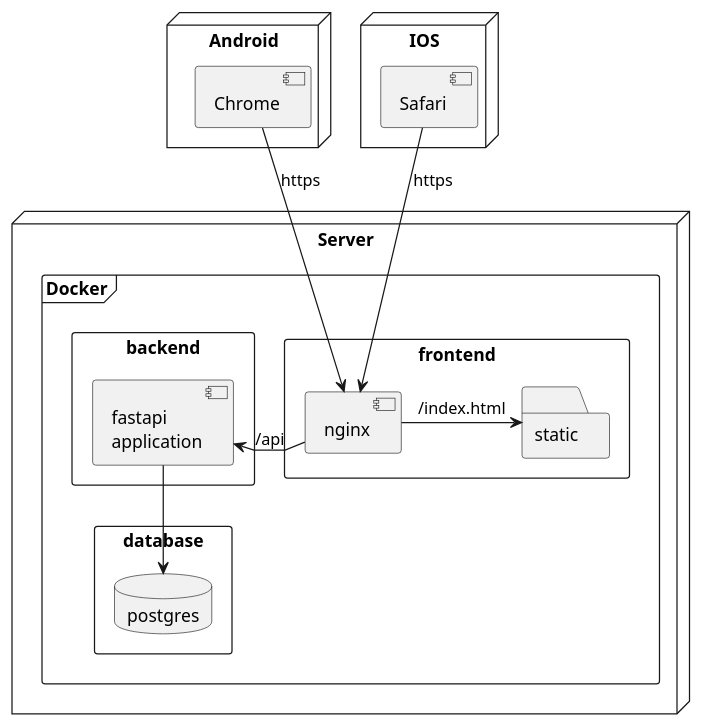
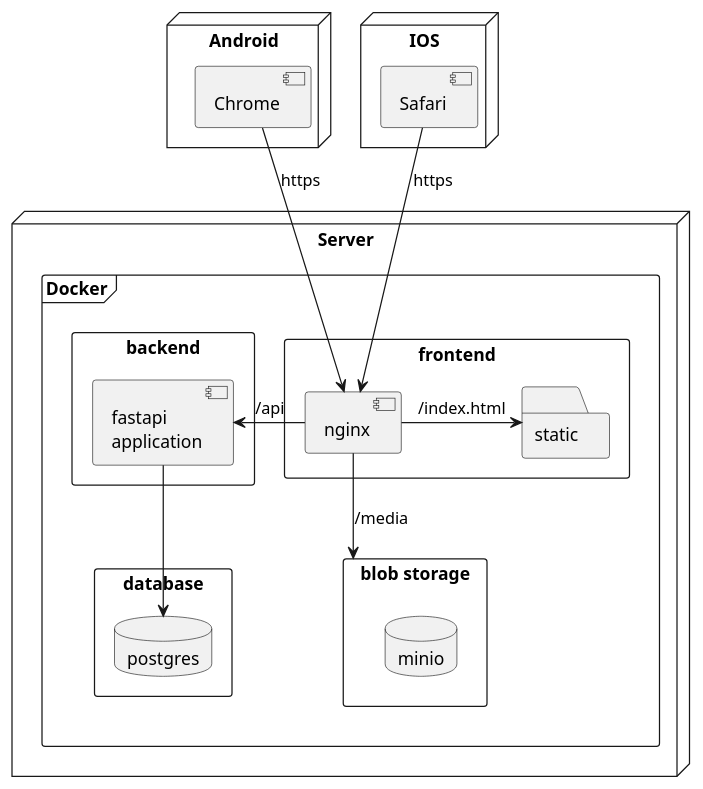
The diagram in deployment.puml (kluchi/diagrams), drawn with PlantUML before and after one commit.

Commit message:
add minio storage to deployment diagram

```diff
--- a/deployment.puml
+++ b/deployment.puml
@@ -1,60 +1,67 @@
 @startuml deployment
 
 'left to right direction
 
 'skinparam linetype ortho
 skinparam linetype polyline
 
 skinparam nodesep 25
 skinparam ranksep 20
 
 
 node Server {
     frame Docker {
         rectangle frontend {
             component nginx {
 
             }
             folder static {
 
             }
         }
 
         rectangle backend {
             component api_server [fastapi 
             application]
         }
 
         rectangle database {
             database postgres
         }
+
+        rectangle "blob storage" as blob {
+            database minio
+        }
     }
 }
 
 
 
     node Android as andoid {
     component Chrome {
 
     }
 }
 
 node IOS as ios {
     component Safari {
 
     }
 }
 
 
 
 
-nginx -r-> api_server : /api
+nginx -l-> api_server : /api
 nginx -r-> static : /index.html
+
+nginx -d-> blob : /media
+
 
 api_server --> postgres
 
 Safari --> nginx : https
 
 Chrome --> nginx : https
 
 @enduml
```
